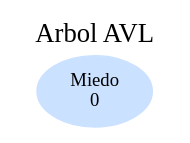
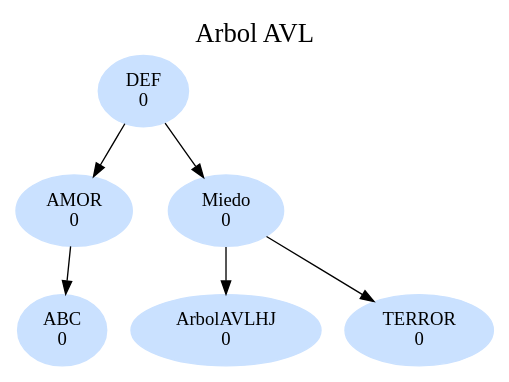
The diagram in Proyecto No 2/ArbolAVL.dot (JoseMorente98/EDD-Proyecto-2), drawn with Graphviz before and after one commit. The commit also changed 27 other files, not shown here.

```diff
--- a/Proyecto No 2/ArbolAVL.dot
+++ b/Proyecto No 2/ArbolAVL.dot
@@ -1,6 +1,16 @@
 digraph ArbolAVL {
 	rankdir = TB; 
 	node[shape = ellipse, fontcolor = black, style = filled, color = lightsteelblue1];
 	graph[label = "Arbol AVL", labelloc = t, fontsize = 20];
+	Object5 [ label="\DEF\n0"];
+	Object2 [ label="\AMOR\n0"];
+	Object4 [ label="\ABC\n0"];
+Object2->Object4
+Object5->Object2
 	Object1 [ label="\Miedo\n0"];
+	Object6 [ label="\GHJ\n0"];
+Object1->Object6
+	Object3 [ label="\TERROR\n0"];
+Object1->Object3
+Object5->Object1
 }
```
